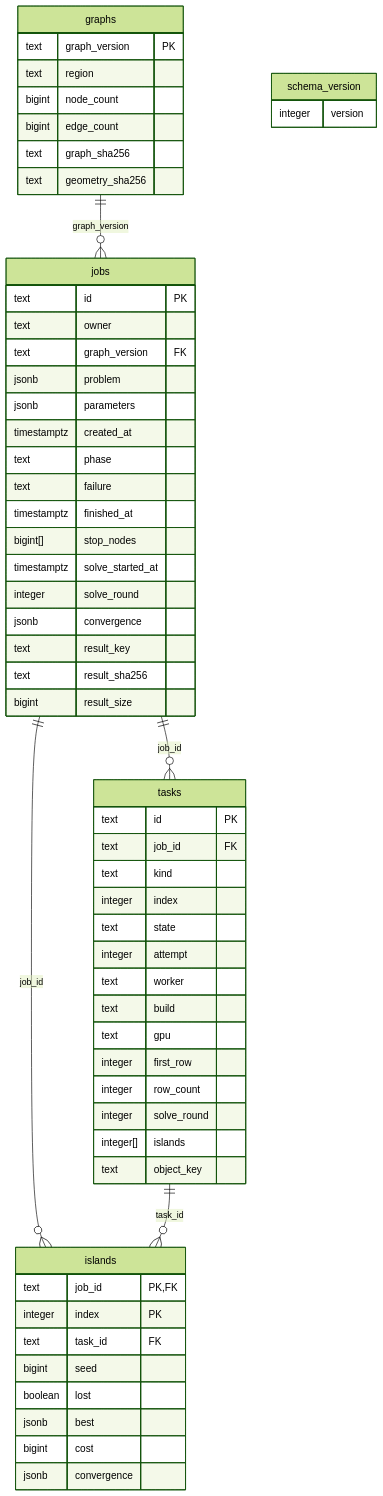
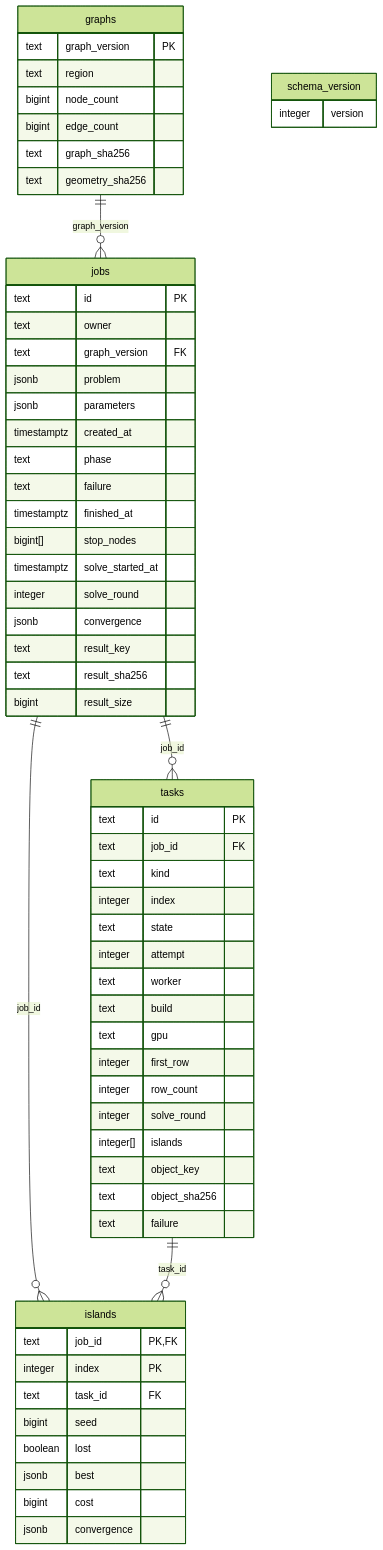
Before and after one commit to PogSmok/vrp-distributed: the diagram in docs/formats/database.md, drawn with Mermaid (forest theme). The commit also changed other lines of this file and 59 other files, not shown here.

Commit message:
feat(worker): session client, transfers, graph cache and task runner

````diff
--- a/docs/formats/database.md
+++ b/docs/formats/database.md
@@ -9,62 +9,64 @@
 ```mermaid
 erDiagram
     jobs ||--o{ islands : "job_id"
     tasks ||--o{ islands : "task_id"
     graphs ||--o{ jobs : "graph_version"
     jobs ||--o{ tasks : "job_id"
     graphs {
         text graph_version PK
         text region
         bigint node_count
         bigint edge_count
         text graph_sha256
         text geometry_sha256
     }
     islands {
         text job_id PK, FK
         integer index PK
         text task_id FK
         bigint seed
         boolean lost
         jsonb best
         bigint cost
         jsonb convergence
     }
     jobs {
         text id PK
         text owner
         text graph_version FK
         jsonb problem
         jsonb parameters
         timestamptz created_at
         text phase
         text failure
         timestamptz finished_at
         bigint[] stop_nodes
         timestamptz solve_started_at
         integer solve_round
         jsonb convergence
         text result_key
         text result_sha256
         bigint result_size
     }
     schema_version {
         integer version
     }
     tasks {
         text id PK
         text job_id FK
         text kind
         integer index
         text state
         integer attempt
         text worker
         text build
         text gpu
         integer first_row
         integer row_count
         integer solve_round
         integer[] islands
         text object_key
+        text object_sha256
+        text failure
     }
 ```
````
